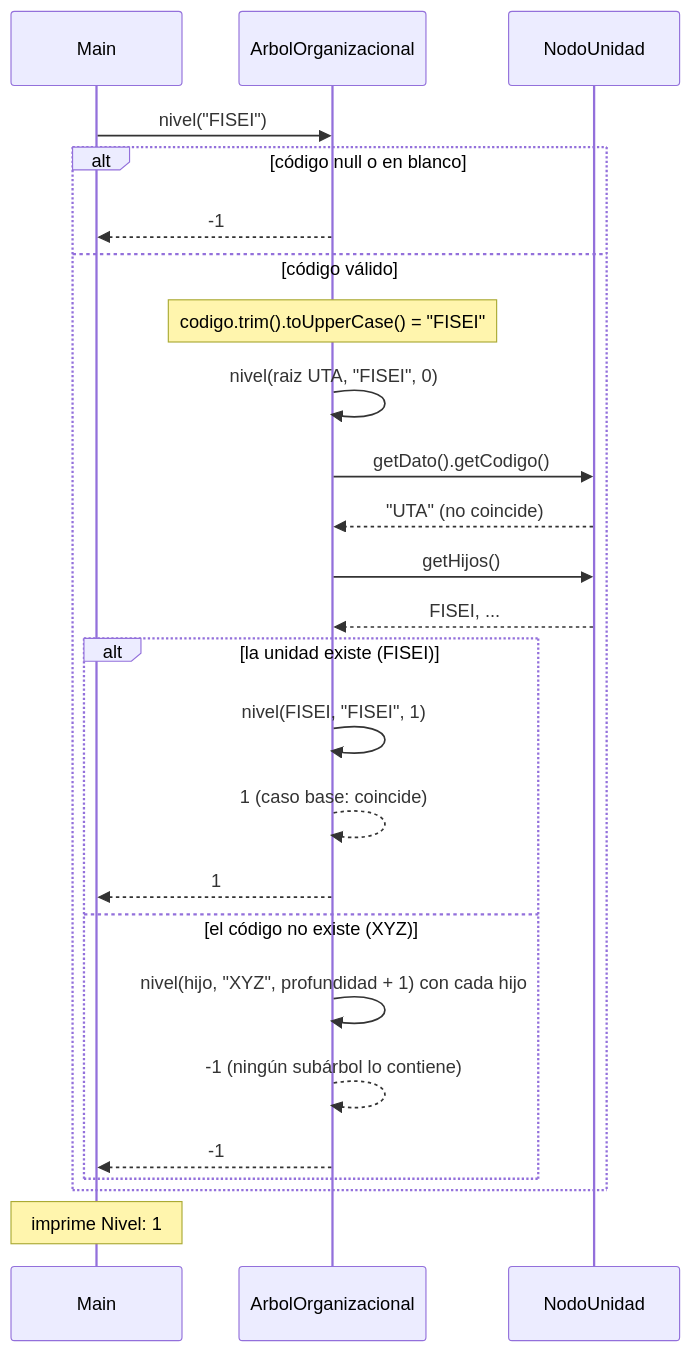
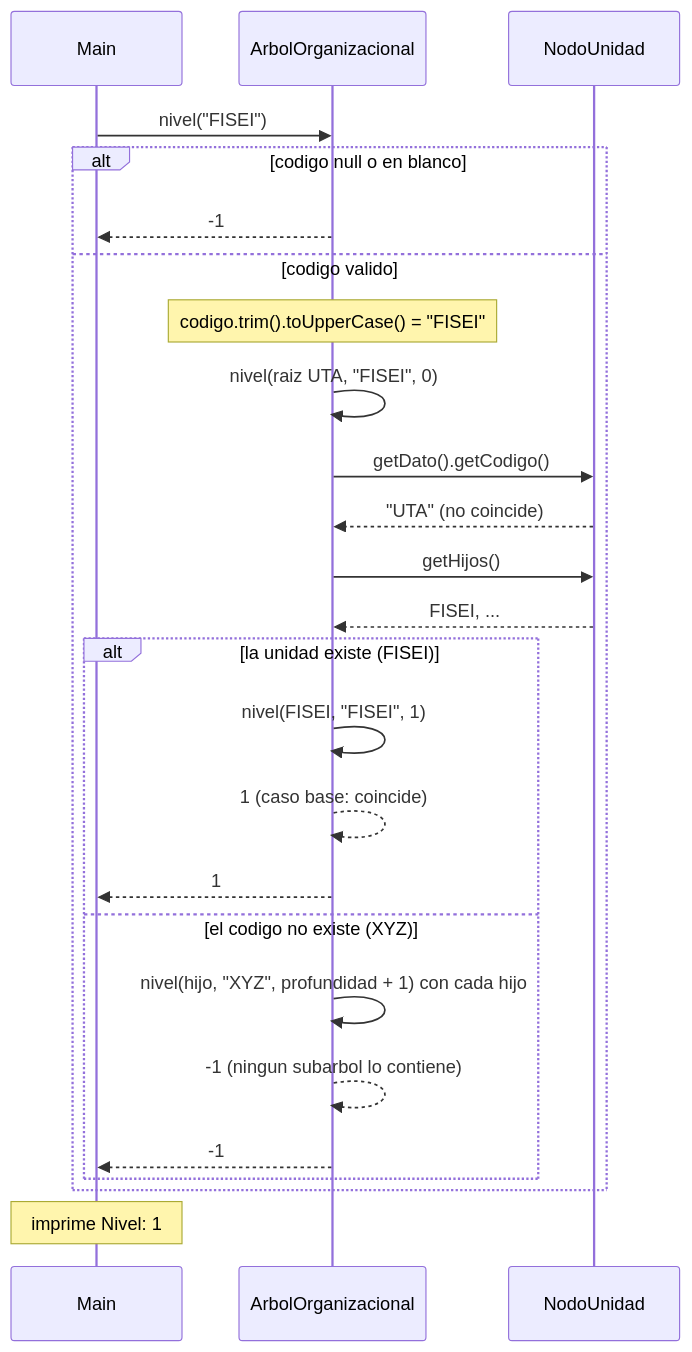
The second of 2 diagrams in docs/diagramas-secuencia/secuencia_grado_nivel.md (Damienq7w/APE3-Arboles-Integrado), drawn with Mermaid before and after one commit. The commit also changed other lines of this file and 1 other file, not shown here.

````diff
--- a/docs/diagramas-secuencia/secuencia_grado_nivel.md
+++ b/docs/diagramas-secuencia/secuencia_grado_nivel.md
@@ -39,28 +39,28 @@
 ```mermaid
 sequenceDiagram
     participant Main
     participant Org as ArbolOrganizacional
     participant Nodo as NodoUnidad
 
     Main->>Org: nivel("FISEI")
-    alt código null o en blanco
+    alt codigo null o en blanco
         Org-->>Main: -1
-    else código válido
+    else codigo valido
         Note over Org: codigo.trim().toUpperCase() = "FISEI"
         Org->>Org: nivel(raiz UTA, "FISEI", 0)
         Org->>Nodo: getDato().getCodigo()
         Nodo-->>Org: "UTA" (no coincide)
         Org->>Nodo: getHijos()
         Nodo-->>Org: FISEI, ...
         alt la unidad existe (FISEI)
             Org->>Org: nivel(FISEI, "FISEI", 1)
             Org-->>Org: 1 (caso base: coincide)
             Org-->>Main: 1
-        else el código no existe (XYZ)
+        else el codigo no existe (XYZ)
             Org->>Org: nivel(hijo, "XYZ", profundidad + 1) con cada hijo
-            Org-->>Org: -1 (ningún subárbol lo contiene)
+            Org-->>Org: -1 (ningun subarbol lo contiene)
             Org-->>Main: -1
         end
     end
     Note over Main: imprime Nivel: 1
 ```
````
